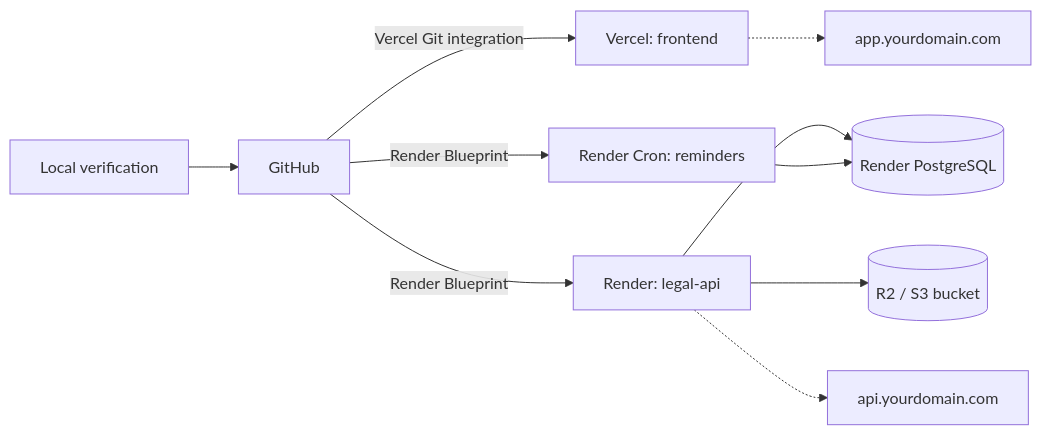
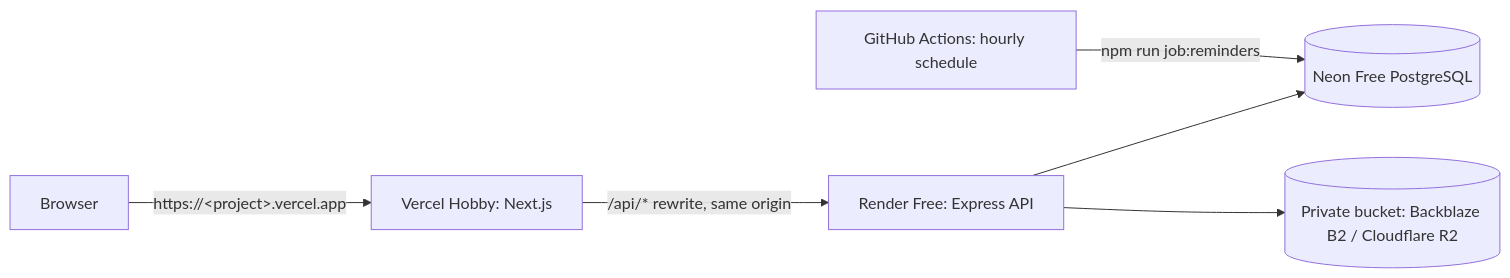
The diagram in docs/deployment.md (marwanbarhoumi/lawyer-case-management-platform), drawn with Mermaid before and after one commit. The commit also changed other lines of this file and 13 other files, not shown here.

Commit message:
feat: zero-cost demo deployment (Vercel /api proxy, Render free, Neon, GitHub Actions reminders)

````diff
--- a/docs/deployment.md
+++ b/docs/deployment.md
@@ -6,12 +7,8 @@
 ```mermaid
 flowchart LR
-  L[Local verification] --> GH[GitHub]
-  GH -- Vercel Git integration --> V[Vercel: frontend]
-  GH -- Render Blueprint --> R[Render: legal-api]
-  GH -- Render Blueprint --> C[Render Cron: reminders]
-  R --> DB[(Render PostgreSQL)]
-  C --> DB
-  R --> S3[(R2 / S3 bucket)]
-  V -.-> D[app.yourdomain.com]
-  R -.-> A[api.yourdomain.com]
+  U[Browser] -->|https://&lt;project&gt;.vercel.app| V[Vercel Hobby: Next.js]
+  V -->|/api/* rewrite, same origin| R[Render Free: Express API]
+  R --> DB[(Neon Free PostgreSQL)]
+  R --> S3[(Private bucket: Backblaze B2 / Cloudflare R2)]
+  GA[GitHub Actions: hourly schedule] -->|npm run job:reminders| DB
 ```
````
